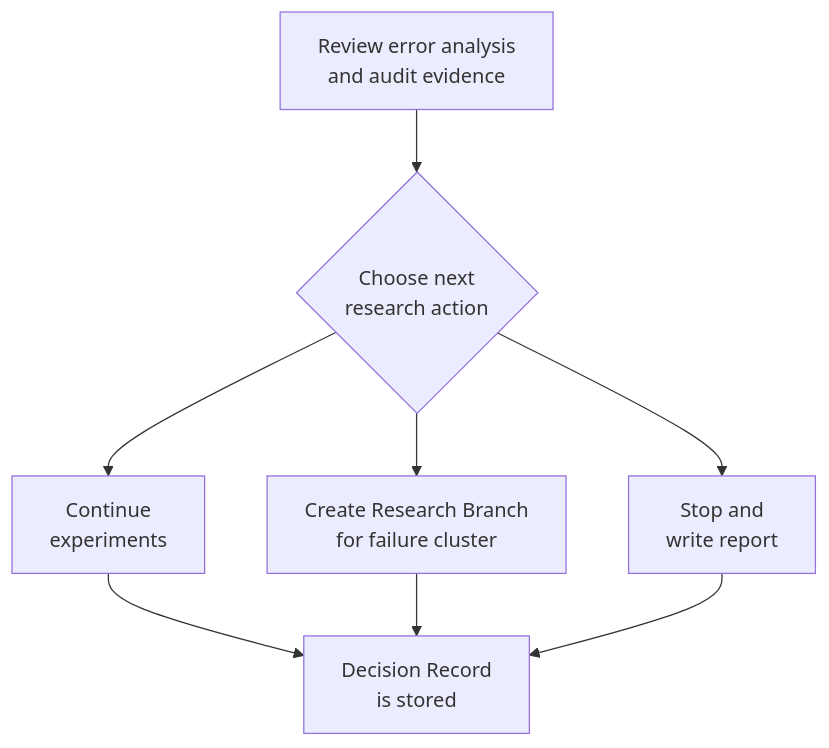
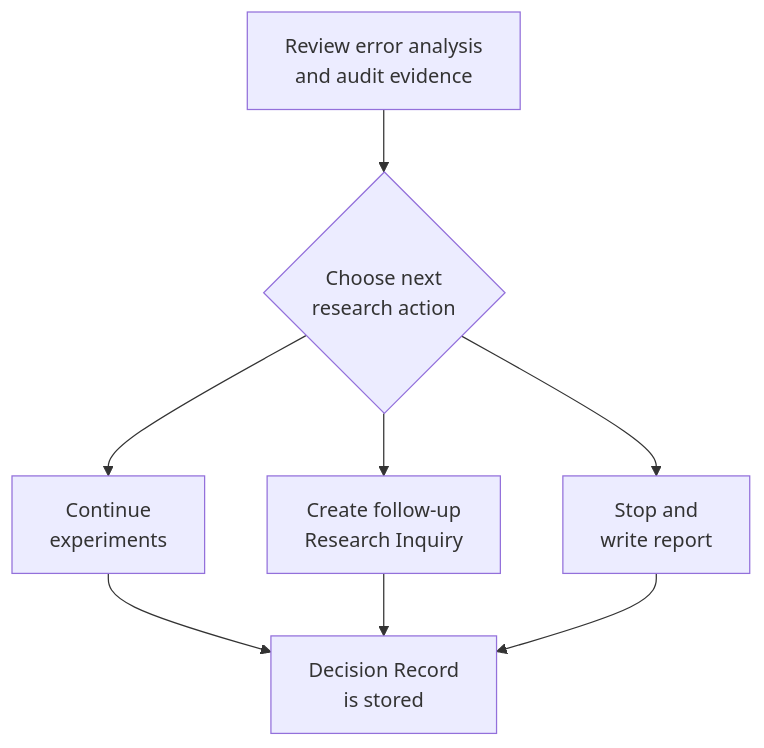
One commit to CodeGandee/isomer-labs changed the tenth of 11 diagrams in .imsight-arts/project-explore/use-cases/uc-05-mix-manual-and-automatic-runs.md. Above: the diagram before and after it, drawn with Mermaid. The commit also changed other lines of this file and 109 other files, not shown here.

````diff
--- a/.imsight-arts/project-explore/use-cases/uc-05-mix-manual-and-automatic-runs.md
+++ b/.imsight-arts/project-explore/use-cases/uc-05-mix-manual-and-automatic-runs.md
@@ -302,14 +302,14 @@
 ```mermaid
 flowchart TD
   U1["Review error analysis<br/>and audit evidence"]
   U2{"Choose next<br/>research action"}
   U3["Continue<br/>experiments"]
-  U4["Create Research Branch<br/>for failure cluster"]
+  U4["Create follow-up<br/>Research Inquiry"]
   U5["Stop and<br/>write report"]
   U6["Decision Record<br/>is stored"]
 
   U1 --> U2
   U2 --> U3 --> U6
   U2 --> U4 --> U6
   U2 --> U5 --> U6
 ```
````
